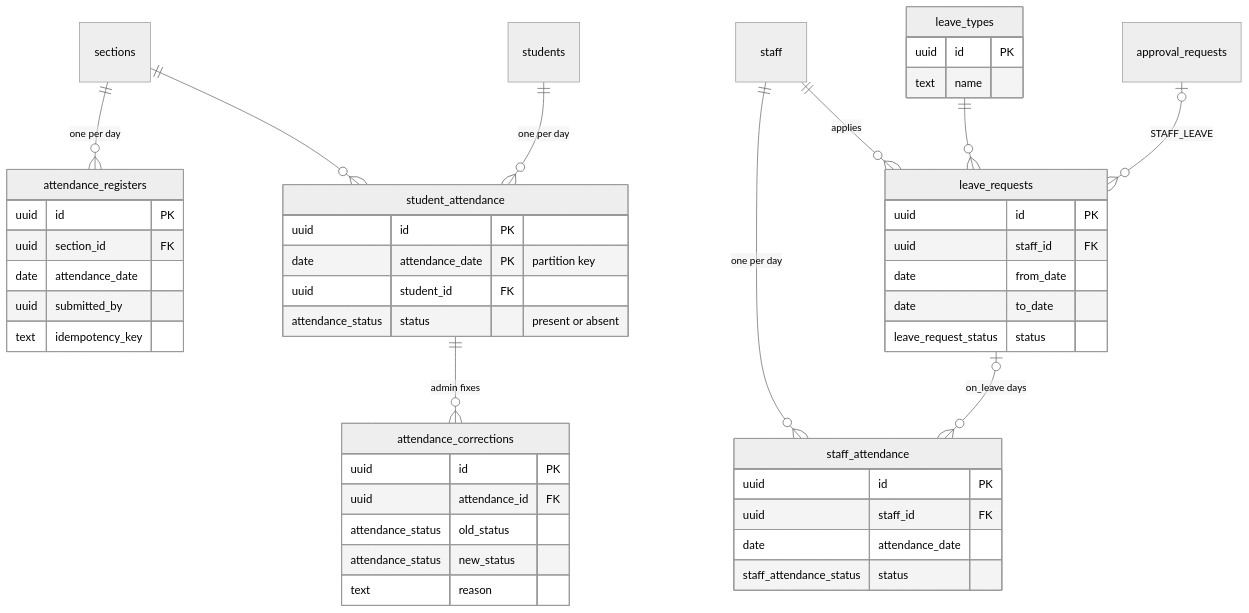
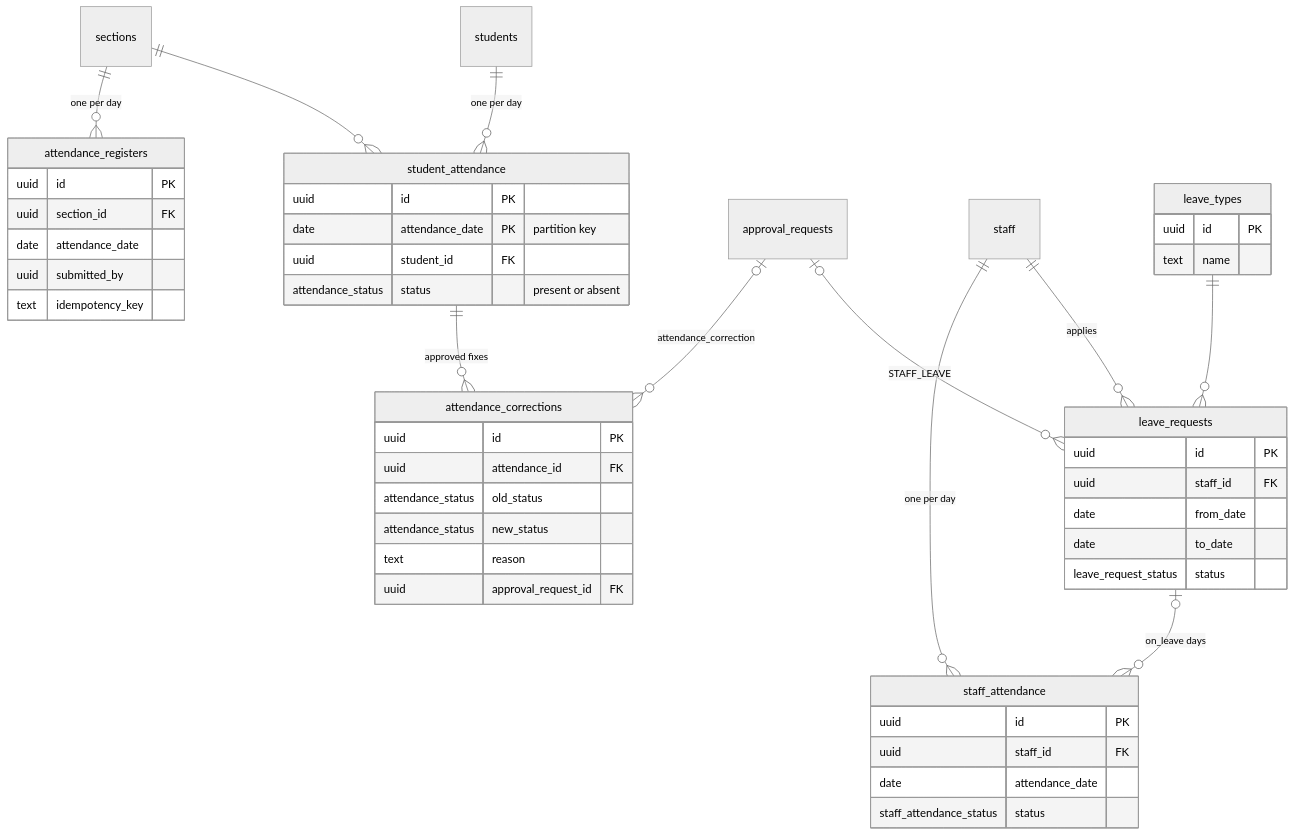
The fourth of 10 diagrams in docs/system-design/schema/ER-DIAGRAMS.md (Worksarvesh/school-erp), drawn with Mermaid (neutral theme) before and after one commit. The commit also changed other lines of this file and 11 other files, not shown here.

First line of the commit message:
docs: apply V1.2 scope decisions to the draft schema and design docs

````diff
--- a/docs/system-design/schema/ER-DIAGRAMS.md
+++ b/docs/system-design/schema/ER-DIAGRAMS.md
@@ -230,50 +248,52 @@
 ```mermaid
 erDiagram
   sections ||--o{ attendance_registers : "one per day"
   sections ||--o{ student_attendance : ""
   students ||--o{ student_attendance : "one per day"
-  student_attendance ||--o{ attendance_corrections : "admin fixes"
+  student_attendance ||--o{ attendance_corrections : "approved fixes"
+  approval_requests |o--o{ attendance_corrections : "attendance_correction"
   staff ||--o{ staff_attendance : "one per day"
   staff ||--o{ leave_requests : applies
   leave_types ||--o{ leave_requests : ""
   leave_requests |o--o{ staff_attendance : "on_leave days"
   approval_requests |o--o{ leave_requests : "STAFF_LEAVE"
 
   attendance_registers {
     uuid id PK
     uuid section_id FK
     date attendance_date
     uuid submitted_by
     text idempotency_key
   }
   student_attendance {
     uuid id PK
     date attendance_date PK "partition key"
     uuid student_id FK
     attendance_status status "present or absent"
   }
   attendance_corrections {
     uuid id PK
     uuid attendance_id FK
     attendance_status old_status
     attendance_status new_status
     text reason
+    uuid approval_request_id FK
   }
   staff_attendance {
     uuid id PK
     uuid staff_id FK
     date attendance_date
     staff_attendance_status status
   }
   leave_types {
     uuid id PK
     text name
   }
   leave_requests {
     uuid id PK
     uuid staff_id FK
     date from_date
     date to_date
     leave_request_status status
   }
 ```
````
